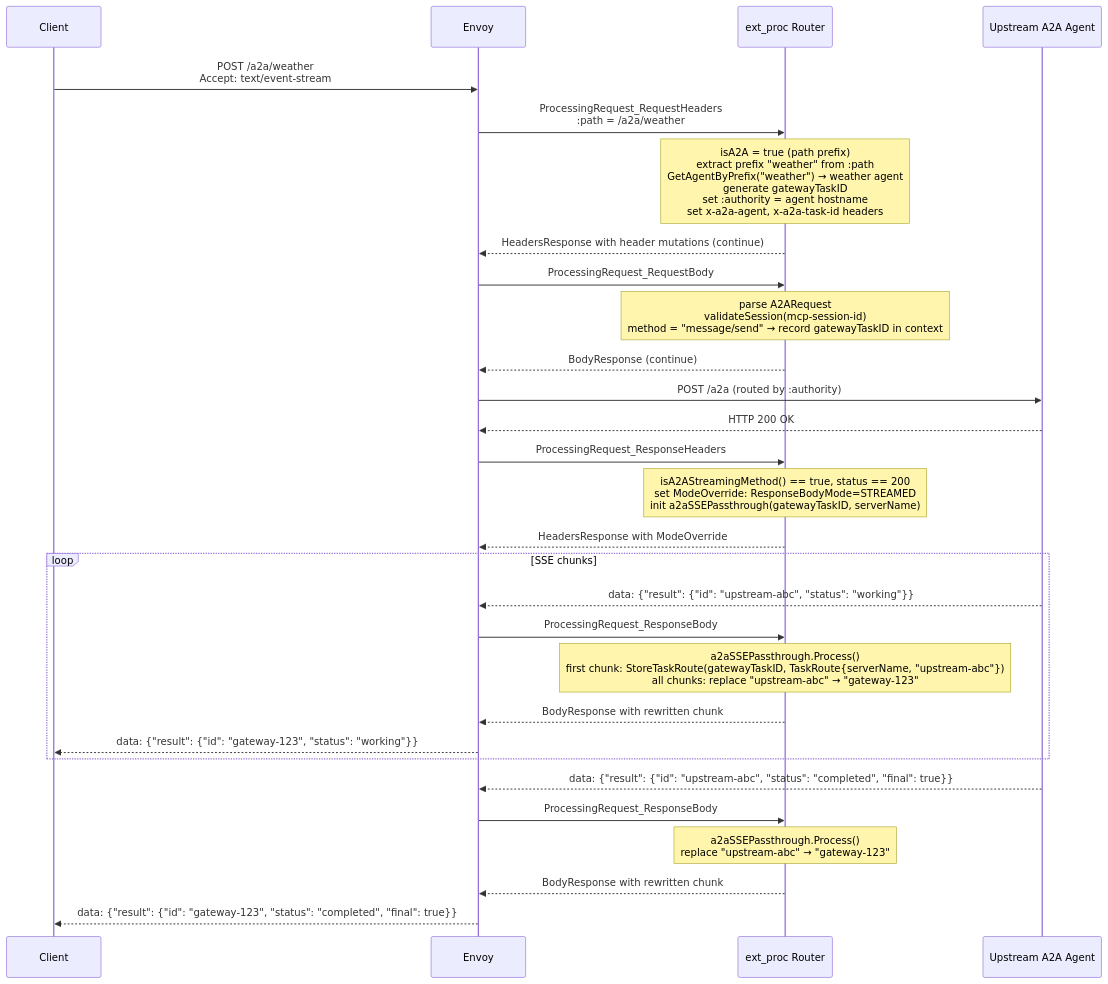
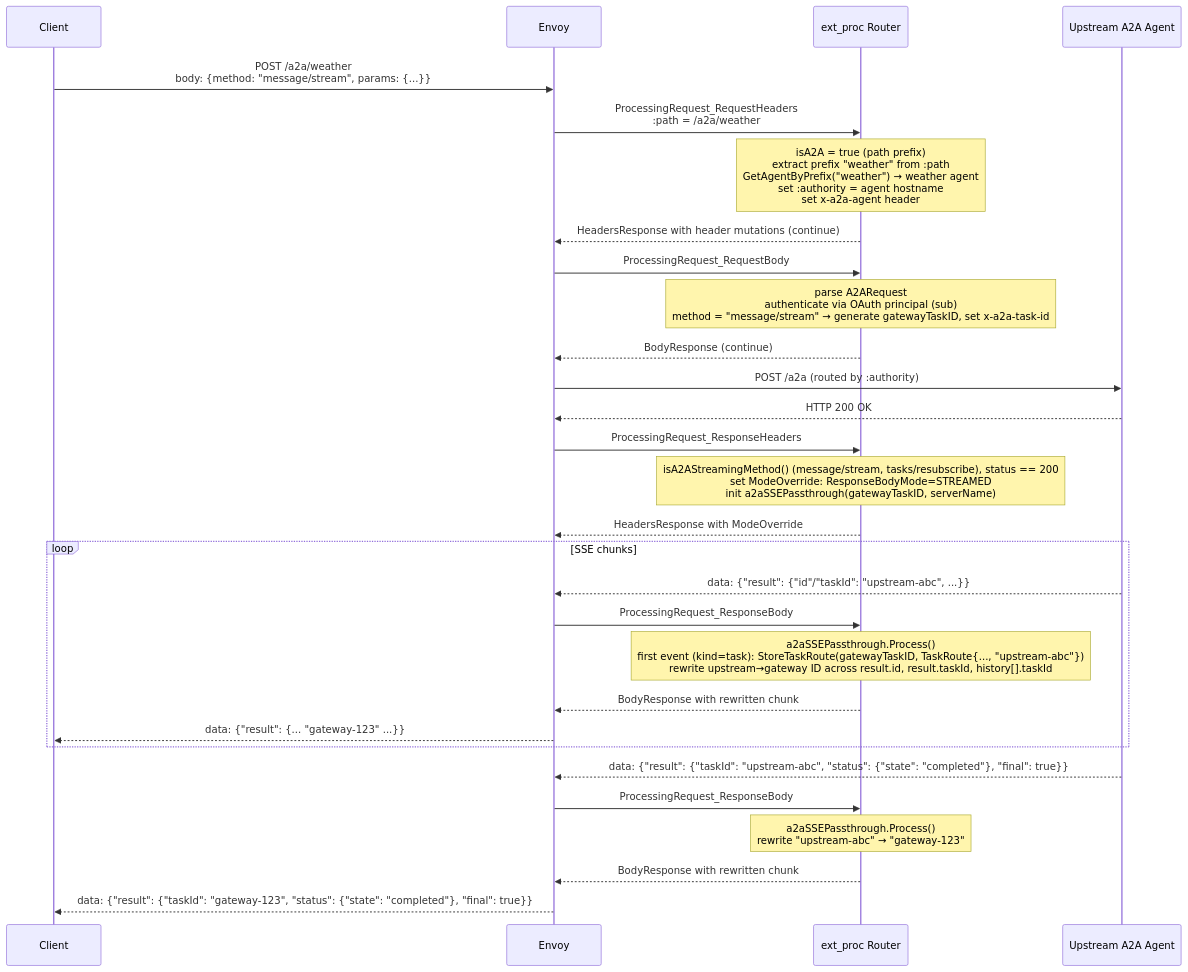
Before and after one commit to Aman-Cool/mcp-gateway: the third of 5 diagrams in docs/design/a2a/a2a-design.md, drawn with Mermaid. The commit also changed other lines of this file and 2 other files, not shown here.

First line of the commit message:
docs: align A2A design with v0.3.0 spec, stateless Q4 model, and cross-namespace prefix

````diff
--- a/docs/design/a2a/a2a-design.md
+++ b/docs/design/a2a/a2a-design.md
@@ -173,32 +187,32 @@
 ```mermaid
 sequenceDiagram
     participant Client
     participant Envoy
     participant Router as ext_proc Router
     participant Upstream as Upstream A2A Agent
 
-    Client->>Envoy: POST /a2a/weather<br/>Accept: text/event-stream
+    Client->>Envoy: POST /a2a/weather<br/>body: {method: "message/stream", params: {...}}
     Envoy->>Router: ProcessingRequest_RequestHeaders<br/>:path = /a2a/weather
-    Note over Router: isA2A = true (path prefix)<br/>extract prefix "weather" from :path<br/>GetAgentByPrefix("weather") → weather agent<br/>generate gatewayTaskID<br/>set :authority = agent hostname<br/>set x-a2a-agent, x-a2a-task-id headers
+    Note over Router: isA2A = true (path prefix)<br/>extract prefix "weather" from :path<br/>GetAgentByPrefix("weather") → weather agent<br/>set :authority = agent hostname<br/>set x-a2a-agent header
     Router-->>Envoy: HeadersResponse with header mutations (continue)
     Envoy->>Router: ProcessingRequest_RequestBody
-    Note over Router: parse A2ARequest<br/>validateSession(mcp-session-id)<br/>method = "message/send" → record gatewayTaskID in context
+    Note over Router: parse A2ARequest<br/>authenticate via OAuth principal (sub)<br/>method = "message/stream" → generate gatewayTaskID, set x-a2a-task-id
     Router-->>Envoy: BodyResponse (continue)
     Envoy->>Upstream: POST /a2a (routed by :authority)
     Upstream-->>Envoy: HTTP 200 OK
     Envoy->>Router: ProcessingRequest_ResponseHeaders
-    Note over Router: isA2AStreamingMethod() == true, status == 200<br/>set ModeOverride: ResponseBodyMode=STREAMED<br/>init a2aSSEPassthrough(gatewayTaskID, serverName)
+    Note over Router: isA2AStreamingMethod() (message/stream, tasks/resubscribe), status == 200<br/>set ModeOverride: ResponseBodyMode=STREAMED<br/>init a2aSSEPassthrough(gatewayTaskID, serverName)
     Router-->>Envoy: HeadersResponse with ModeOverride
     loop SSE chunks
-        Upstream-->>Envoy: data: {"result": {"id": "upstream-abc", "status": "working"}}
+        Upstream-->>Envoy: data: {"result": {"id"/"taskId": "upstream-abc", ...}}
         Envoy->>Router: ProcessingRequest_ResponseBody
-        Note over Router: a2aSSEPassthrough.Process()<br/>first chunk: StoreTaskRoute(gatewayTaskID, TaskRoute{serverName, "upstream-abc"})<br/>all chunks: replace "upstream-abc" → "gateway-123"
+        Note over Router: a2aSSEPassthrough.Process()<br/>first event (kind=task): StoreTaskRoute(gatewayTaskID, TaskRoute{..., "upstream-abc"})<br/>rewrite upstream→gateway ID across result.id, result.taskId, history[].taskId
         Router-->>Envoy: BodyResponse with rewritten chunk
-        Envoy-->>Client: data: {"result": {"id": "gateway-123", "status": "working"}}
+        Envoy-->>Client: data: {"result": {... "gateway-123" ...}}
     end
-    Upstream-->>Envoy: data: {"result": {"id": "upstream-abc", "status": "completed", "final": true}}
+    Upstream-->>Envoy: data: {"result": {"taskId": "upstream-abc", "status": {"state": "completed"}, "final": true}}
     Envoy->>Router: ProcessingRequest_ResponseBody
-    Note over Router: a2aSSEPassthrough.Process()<br/>replace "upstream-abc" → "gateway-123"
+    Note over Router: a2aSSEPassthrough.Process()<br/>rewrite "upstream-abc" → "gateway-123"
     Router-->>Envoy: BodyResponse with rewritten chunk
-    Envoy-->>Client: data: {"result": {"id": "gateway-123", "status": "completed", "final": true}}
+    Envoy-->>Client: data: {"result": {"taskId": "gateway-123", "status": {"state": "completed"}, "final": true}}
 ```
````
